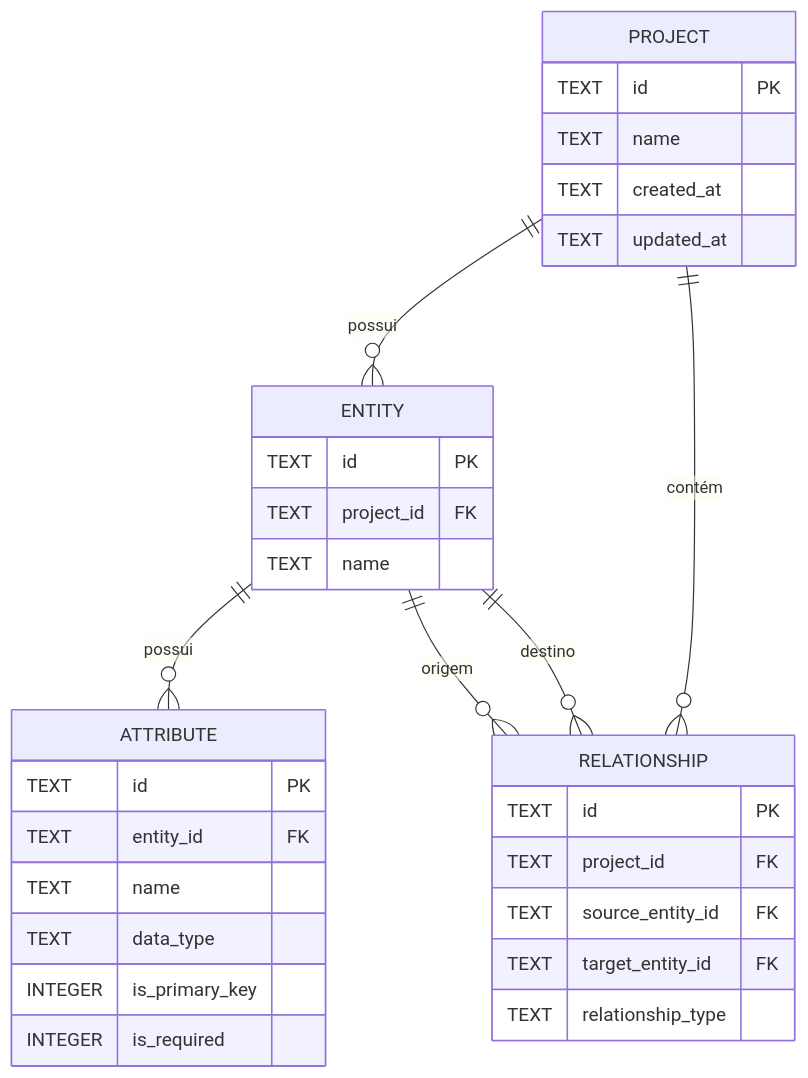
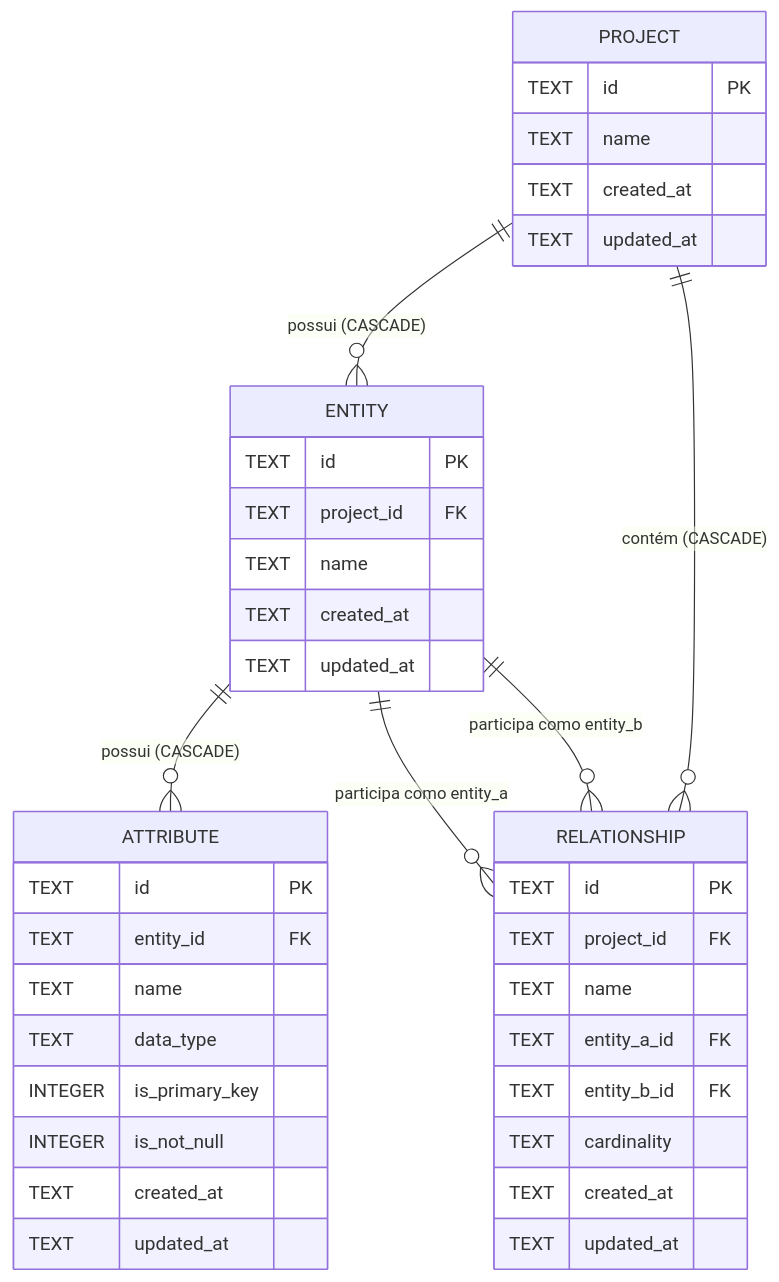
The second of 2 diagrams in docs/05-architecture.md (FabioFaustino-1/BRModelo-Mobile), drawn with Mermaid before and after one commit. The commit also changed other lines of this file and 24 other files, not shown here.

````diff
--- a/docs/05-architecture.md
+++ b/docs/05-architecture.md
@@ -87,38 +95,45 @@
 ```mermaid
 erDiagram
-    PROJECT ||--o{ ENTITY : "possui"
-    PROJECT ||--o{ RELATIONSHIP : "contém"
-    ENTITY ||--o{ ATTRIBUTE : "possui"
-    ENTITY ||--o{ RELATIONSHIP : "origem"
-    ENTITY ||--o{ RELATIONSHIP : "destino"
+    PROJECT ||--o{ ENTITY : "possui (CASCADE)"
+    PROJECT ||--o{ RELATIONSHIP : "contém (CASCADE)"
+    ENTITY ||--o{ ATTRIBUTE : "possui (CASCADE)"
+    ENTITY ||--o{ RELATIONSHIP : "participa como entity_a"
+    ENTITY ||--o{ RELATIONSHIP : "participa como entity_b"
 
     PROJECT {
         TEXT id PK
         TEXT name
         TEXT created_at
         TEXT updated_at
     }
 
     ENTITY {
         TEXT id PK
         TEXT project_id FK
         TEXT name
+        TEXT created_at
+        TEXT updated_at
     }
 
     ATTRIBUTE {
         TEXT id PK
         TEXT entity_id FK
         TEXT name
         TEXT data_type
         INTEGER is_primary_key
-        INTEGER is_required
+        INTEGER is_not_null
+        TEXT created_at
+        TEXT updated_at
     }
 
     RELATIONSHIP {
         TEXT id PK
         TEXT project_id FK
-        TEXT source_entity_id FK
-        TEXT target_entity_id FK
-        TEXT relationship_type
+        TEXT name
+        TEXT entity_a_id FK
+        TEXT entity_b_id FK
+        TEXT cardinality
+        TEXT created_at
+        TEXT updated_at
     }
 ```
````
